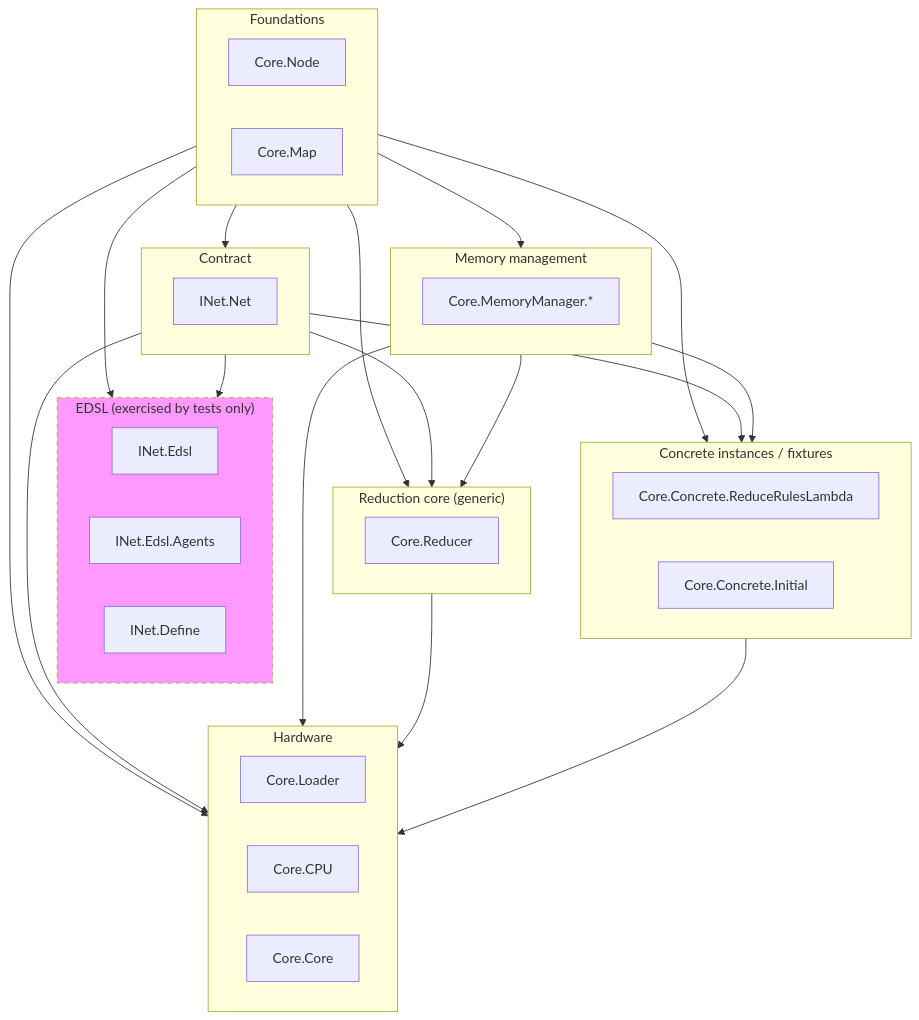
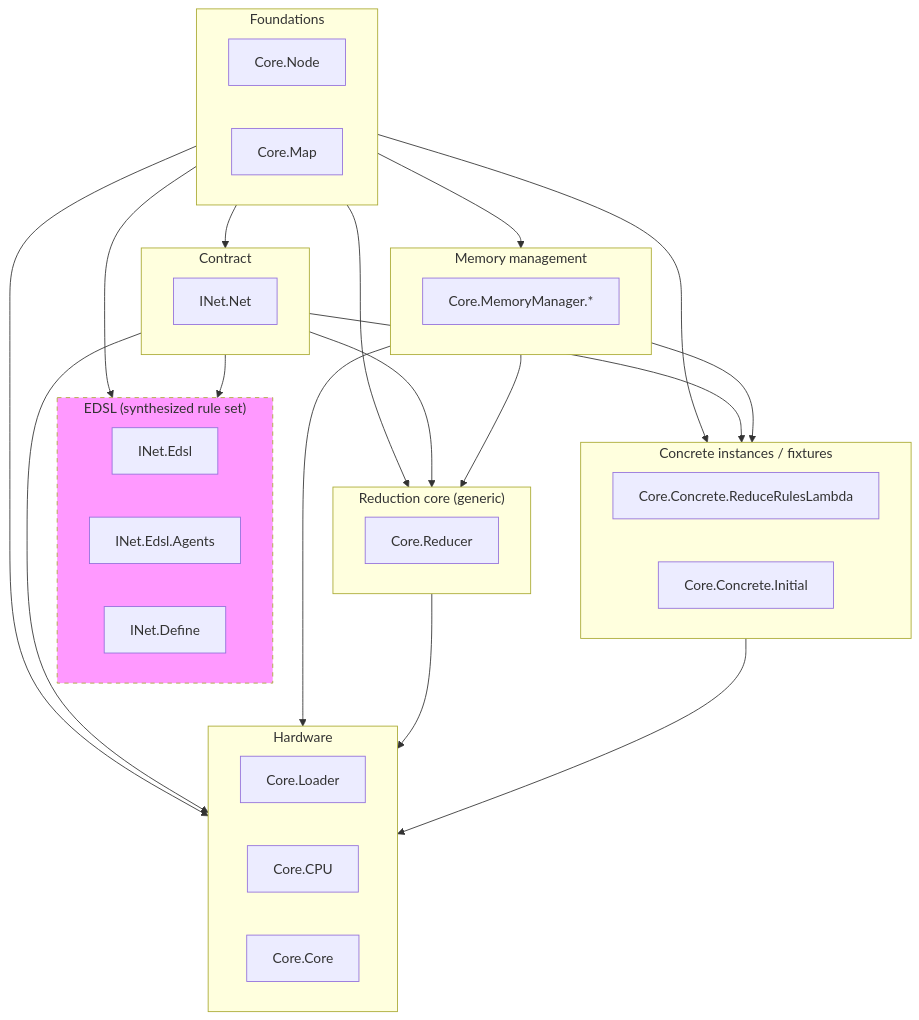
One commit to Lamagraph/interaction-nets-in-fpga changed the fifth of 6 diagrams in lamagraph-core/docs/architecture.md. Above: the diagram before and after it, drawn with Mermaid. The commit also changed other lines of this file and 12 other files, not shown here.

````diff
--- a/lamagraph-core/docs/architecture.md
+++ b/lamagraph-core/docs/architecture.md
@@ -182,48 +182,48 @@
 ```mermaid
 flowchart TD
     subgraph L1["Foundations"]
         Node["Core.Node"]
         Map["Core.Map"]
     end
     subgraph L2["Contract"]
         Net["INet.Net"]
     end
-    subgraph L3["EDSL (exercised by tests only)"]
+    subgraph L3["EDSL (synthesized rule set)"]
         Edsl["INet.Edsl"]
         EdslAgents["INet.Edsl.Agents"]
         Define["INet.Define"]
     end
     subgraph L4["Memory management"]
         MM["Core.MemoryManager.*"]
     end
     subgraph L5["Reduction core (generic)"]
         Reducer["Core.Reducer"]
     end
     subgraph L6["Concrete instances / fixtures"]
         Rules["Core.Concrete.ReduceRulesLambda"]
         Initial["Core.Concrete.Initial"]
     end
     subgraph L7["Hardware"]
         Loader["Core.Loader"]
         CPU["Core.CPU"]
         Top["Core.Core"]
     end
 
     L1 --> L2
     L1 --> L3
     L1 --> L4
     L1 --> L5
     L1 --> L6
     L1 --> L7
     L2 --> L3
     L2 --> L5
     L2 --> L6
     L2 --> L7
     L4 --> L5
     L4 --> L6
     L4 --> L7
     L5 --> L7
     L6 --> L7
 
     style L3 fill:#f9f,stroke-dasharray: 5 5
 ```
````
